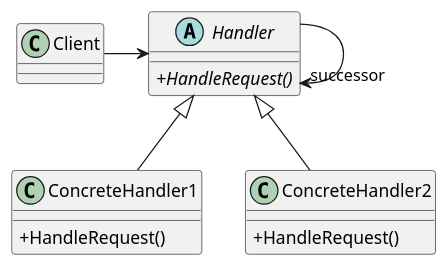
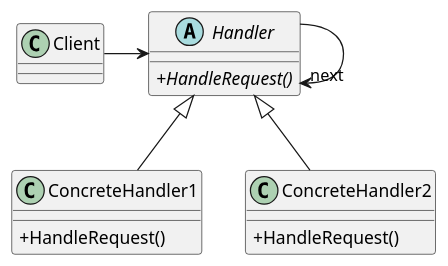
One commit to chrischen3121/notes changed diagram 22 of 22 in org/CS/DesignPattern.org. Above: the diagram before and after it, drawn with PlantUML. The commit also changed other lines of this file and 2 other files, not shown here.

```diff
--- a/org/CS/DesignPattern.org
+++ b/org/CS/DesignPattern.org
@@ -1684,23 +1685,23 @@
 #+BEGIN_SRC plantuml :file ../resources/OO/ChainOfResponsibility.png :cmdline -charset UTF-8
   scale 400 width
   skinparam classAttributeIconSize 0
   
   class Client
   
   abstract class Handler {
       + {abstract} HandleRequest()
   }
   
   class ConcreteHandler1 {
       + HandleRequest()
   }
   
   class ConcreteHandler2 {
       + HandleRequest()
   }
   
   Client -> Handler
   Handler <|-- ConcreteHandler1
   Handler <|-- ConcreteHandler2
-  Handler -> "successor" Handler
+  Handler -> "next" Handler
 #+END_SRC
```
